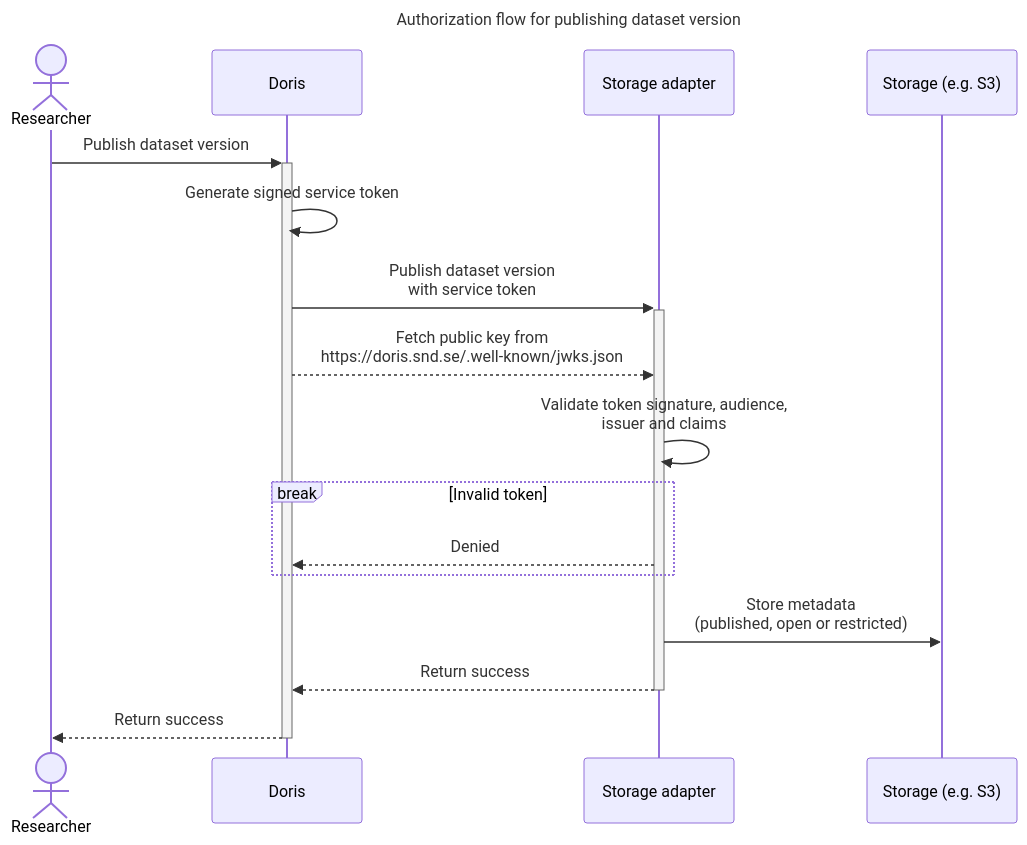
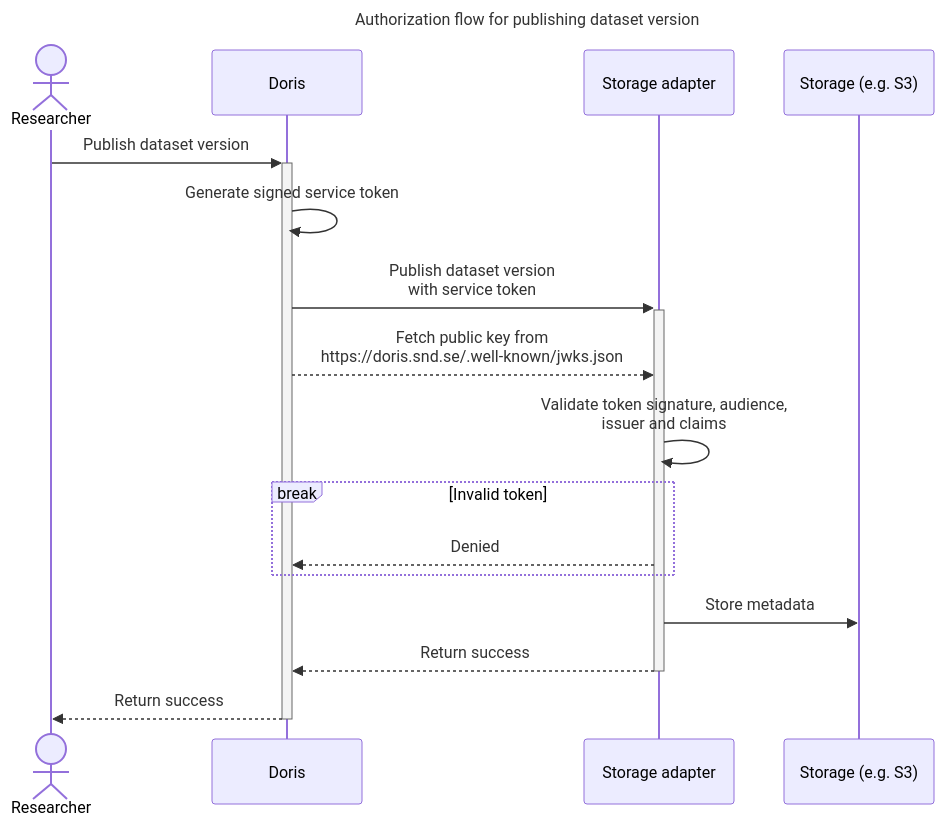
Before and after one commit to snd-sweden/doris-storage-adapter: the fourth of 5 diagrams in README.md, drawn with Mermaid. The commit also changed other lines of this file, not shown here.

Commit message:
Update README.md flow diagrams

````diff
--- a/README.md
+++ b/README.md
@@ -69,21 +69,21 @@
 ```mermaid
 ---
 title: Authorization flow for publishing dataset version
 ---
 sequenceDiagram
     actor R as Researcher
     participant D as Doris
     participant SA as Storage adapter
     participant S as Storage (e.g. S3)
     R->>+D: Publish dataset version
     D->>D: Generate signed service token
     D->>+SA: Publish dataset version<br/>with service token
     D-->>SA: Fetch public key from<br/>https://doris.snd.se/.well-known/jwks.json
     SA->>SA: Validate token signature, audience,<br/>issuer and claims
     break Invalid token
         SA-->>D: Denied
     end
-    SA->>S: Store metadata<br/>(published, open or restricted)
+    SA->>S: Store metadata
     SA-->>-D: Return success
     D-->>-R: Return success
 ```
````
